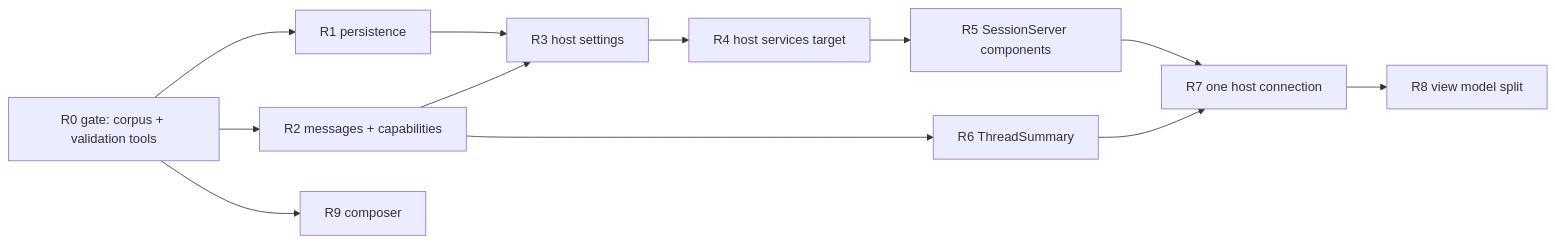
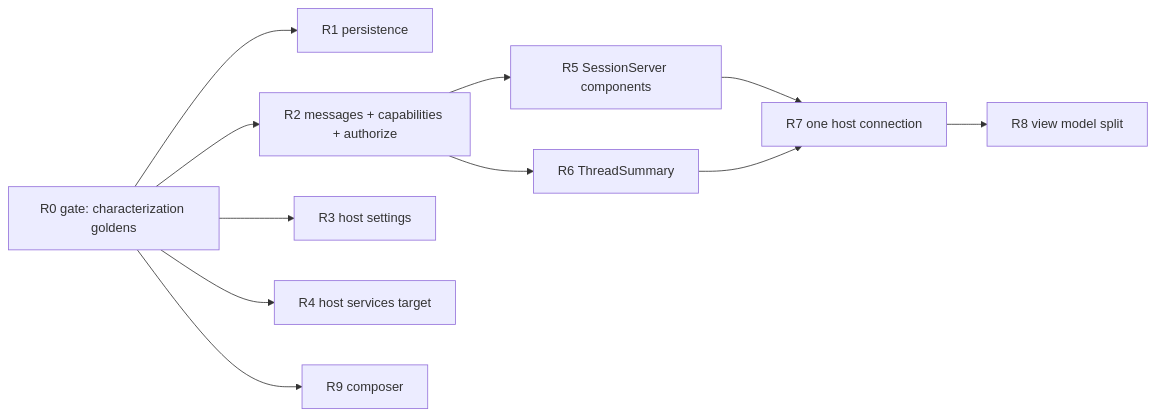
One commit to bailycase/shepherd changed the diagram in docs/plans/foundation-audit.md. Above: the diagram before and after it, drawn with Mermaid. The commit also changed other lines of this file, not shown here.

````diff
--- a/docs/plans/foundation-audit.md
+++ b/docs/plans/foundation-audit.md
@@ -357,14 +382,13 @@
 ```mermaid
 flowchart LR
-    R0[R0 gate: corpus + validation tools] --> R1[R1 persistence]
-    R0 --> R2[R2 messages + capabilities]
+    R0[R0 gate: characterization goldens] --> R1[R1 persistence]
+    R0 --> R2[R2 messages + capabilities + authorize]
+    R0 --> R3[R3 host settings]
+    R0 --> R4[R4 host services target]
     R0 --> R9[R9 composer]
-    R1 --> R3[R3 host settings]
-    R2 --> R3
-    R3 --> R4[R4 host services target]
-    R4 --> R5[R5 SessionServer components]
+    R2 --> R5[R5 SessionServer components]
     R2 --> R6[R6 ThreadSummary]
     R5 --> R7[R7 one host connection]
     R6 --> R7
     R7 --> R8[R8 view model split]
 ```
````
